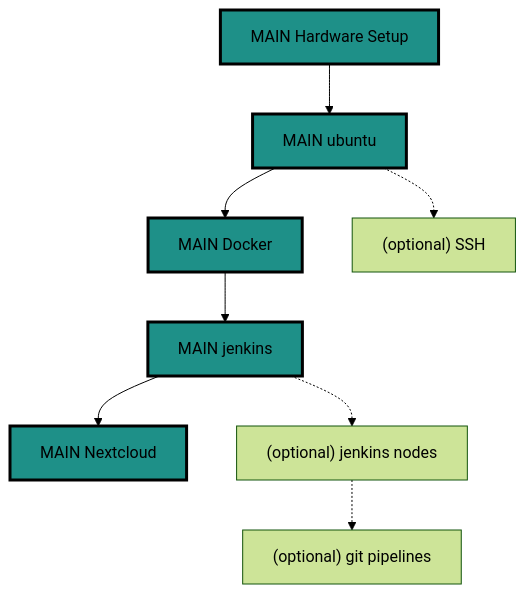
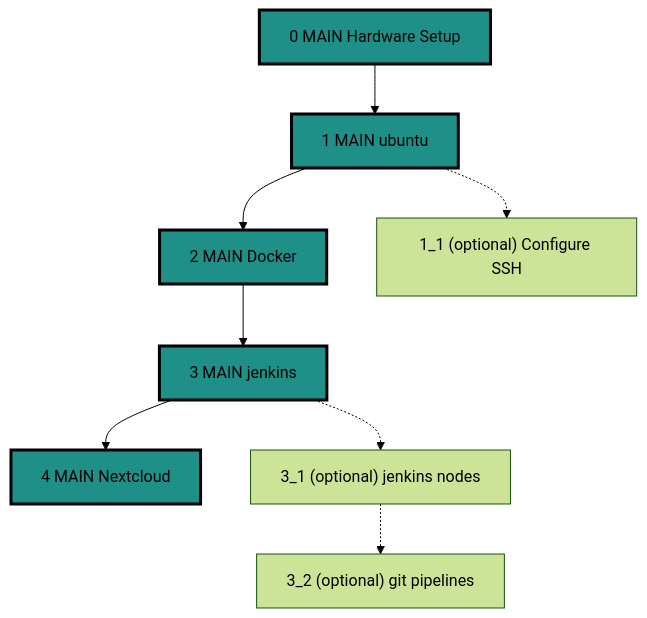
The diagram in README.md (slreynolds/decentralize-your-internet), drawn with Mermaid (forest theme) before and after one commit. The commit also changed other lines of this file and 5 other files, not shown here.

````diff
--- a/README.md
+++ b/README.md
@@ -2,17 +2,17 @@
 ```mermaid
 flowchart TD
-    0["MAIN Hardware Setup"] --> 1
-    1["MAIN ubuntu"] --> 2
-    2["MAIN Docker"] --> 3
-    3["MAIN jenkins"] --> 4
-    4["MAIN Nextcloud"]
-    1 -.-> 1_1["(optional) SSH"]
-    3 -.-> 3_1["(optional) jenkins nodes"]
-    3_1 -.-> 3_2["(optional) git pipelines"]
+    0["0 MAIN Hardware Setup"] --> 1
+    1["1 MAIN ubuntu"] --> 2
+    2["2 MAIN Docker"] --> 3
+    3["3 MAIN jenkins"] --> 4
+    4["4 MAIN Nextcloud"]
+    1 -.-> 1_1["1_1 (optional) Configure SSH"]
+    3 -.-> 3_1["3_1 (optional) jenkins nodes"]
+    3_1 -.-> 3_2["3_2 (optional) git pipelines"]
     
     style 0 fill:#1E9088,stroke:#000,stroke-width:3px
     style 1 fill:#1E9088,stroke:#000,stroke-width:3px
     style 2 fill:#1E9088,stroke:#000,stroke-width:3px
     style 3 fill:#1E9088,stroke:#000,stroke-width:3px
     style 4 fill:#1E9088,stroke:#000,stroke-width:3px
 ```
````
